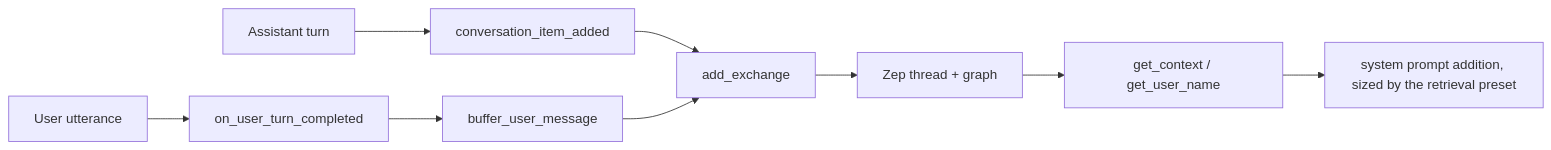
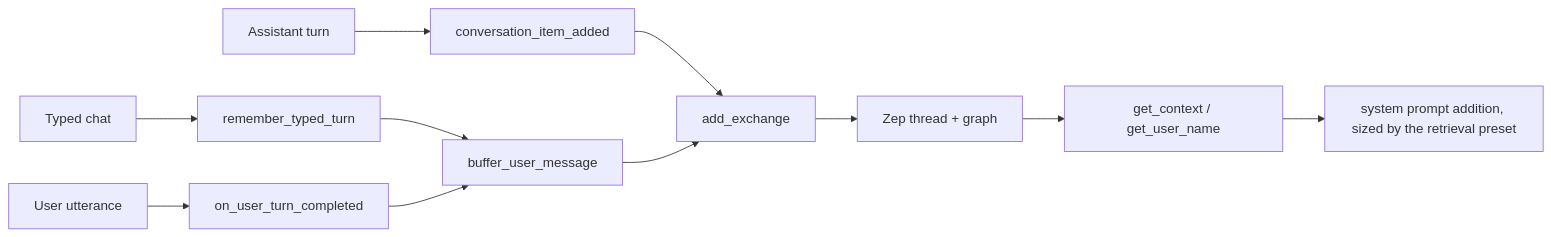
The first of 3 diagrams in docs/memory.md (kwami-labs/kwami-lk-agent), drawn with Mermaid before and after one commit. The commit also changed other lines of this file and 1 other file, not shown here.

First line of the commit message:
docs(memory): what reaches the graph, the work journal and the lab

````diff
--- a/docs/memory.md
+++ b/docs/memory.md
@@ -23,11 +55,13 @@
 ```mermaid
 flowchart LR
     User["User utterance"] --> Hook["on_user_turn_completed"]
+    Typed["Typed chat"] --> Hook2["remember_typed_turn"]
+    Hook2 --> Buf
     Hook --> Buf["buffer_user_message"]
     Asst["Assistant turn"] --> Ev["conversation_item_added"]
     Ev --> Ex["add_exchange"]
     Buf --> Ex
     Ex --> Zep["Zep thread + graph"]
     Zep --> Ctx["get_context / get_user_name"]
     Ctx --> Prompt["system prompt addition, sized by the retrieval preset"]
 ```
````
